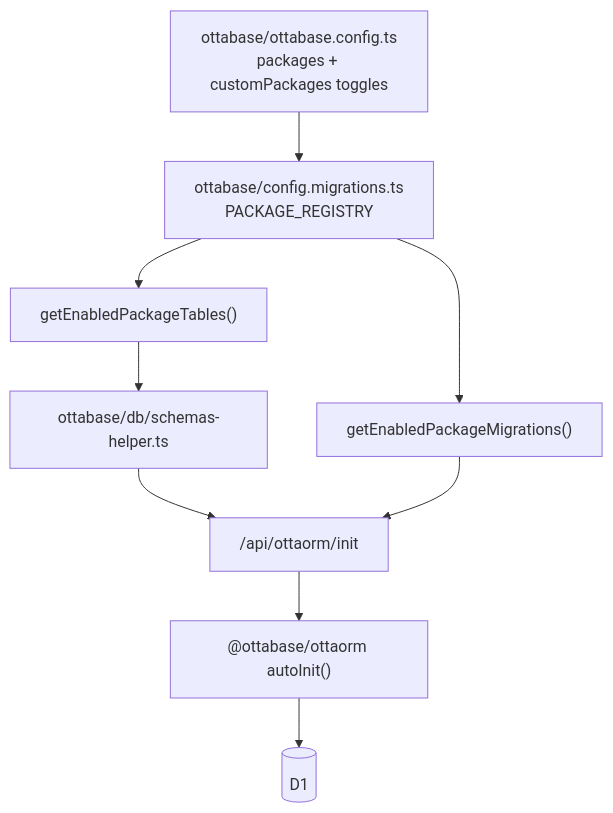
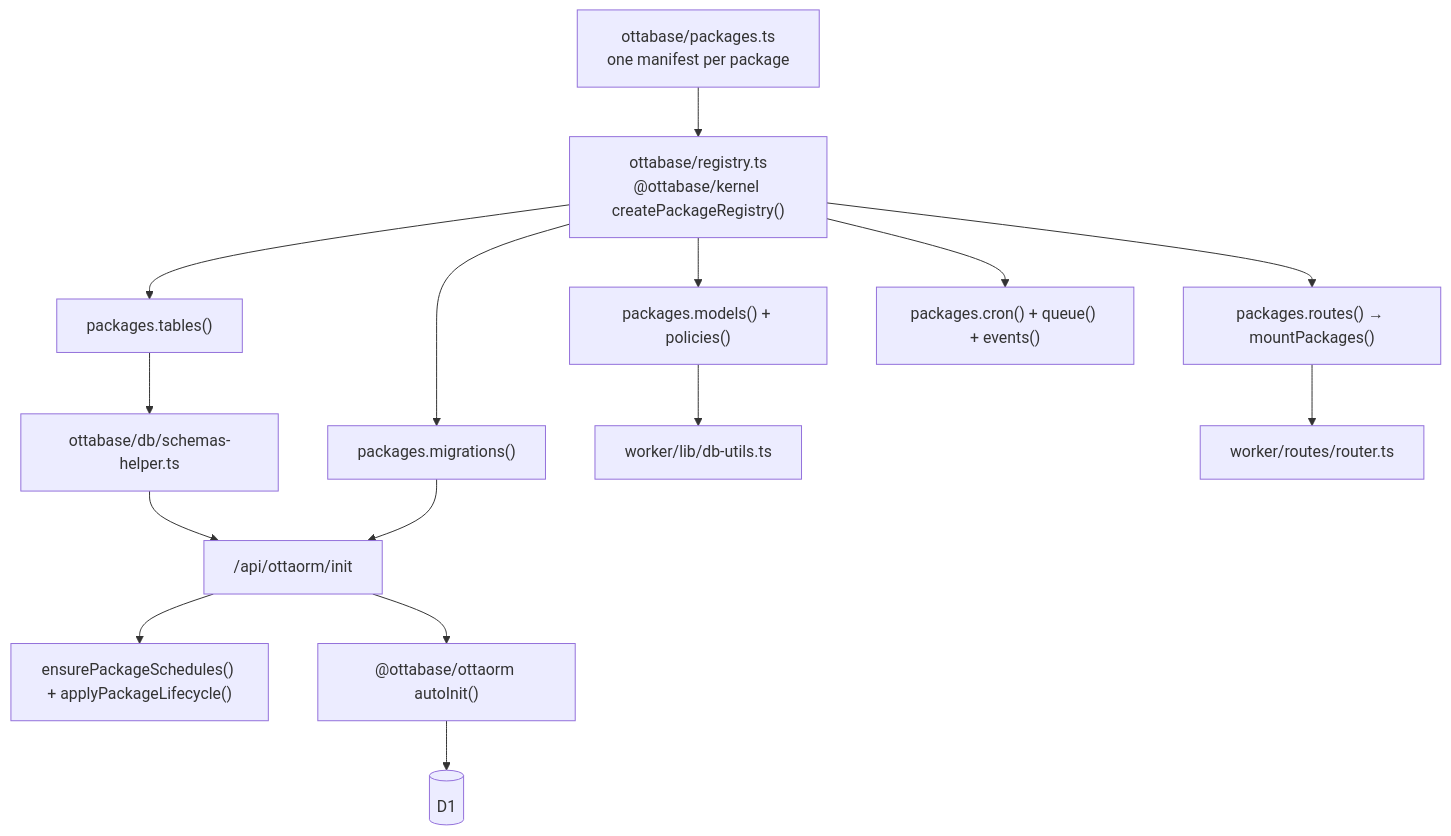
Before and after one commit to thinkdj/ottabase: diagram 11 of 13 in ARCHITECTURE.md, drawn with Mermaid. The commit also changed other lines of this file and 17 other files, not shown here.

First line of the commit message:
Document the package contract and events

````diff
--- a/ARCHITECTURE.md
+++ b/ARCHITECTURE.md
@@ -372,14 +372,20 @@
 ```mermaid
 flowchart TD
-    Config["ottabase/ottabase.config.ts<br/>packages + customPackages toggles"] --> Registry["ottabase/config.migrations.ts<br/>PACKAGE_REGISTRY"]
+    List["ottabase/packages.ts<br/>one manifest per package"] --> Registry["ottabase/registry.ts<br/>@ottabase/kernel createPackageRegistry()"]
 
-    Registry --> Tables["getEnabledPackageTables()"]
-    Registry --> Migrations["getEnabledPackageMigrations()"]
+    Registry --> Tables["packages.tables()"]
+    Registry --> Migrations["packages.migrations()"]
+    Registry --> Models["packages.models() + policies()"]
+    Registry --> Routes["packages.routes() → mountPackages()"]
+    Registry --> Jobs["packages.cron() + queue() + events()"]
 
     Tables --> SchemasHelper["ottabase/db/schemas-helper.ts"]
     SchemasHelper --> Init["/api/ottaorm/init"]
     Migrations --> Init
+    Init --> Schedules["ensurePackageSchedules() + applyPackageLifecycle()"]
 
     Init --> AutoInit["@ottabase/ottaorm autoInit()"]
     AutoInit --> D1[(D1)]
+    Models --> DbUtils["worker/lib/db-utils.ts"]
+    Routes --> Router["worker/routes/router.ts"]
 ```
````
